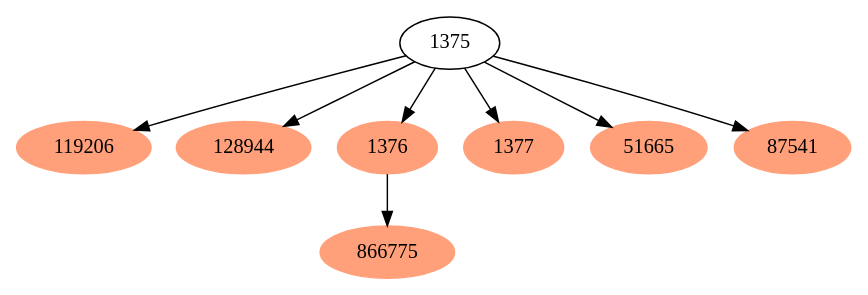
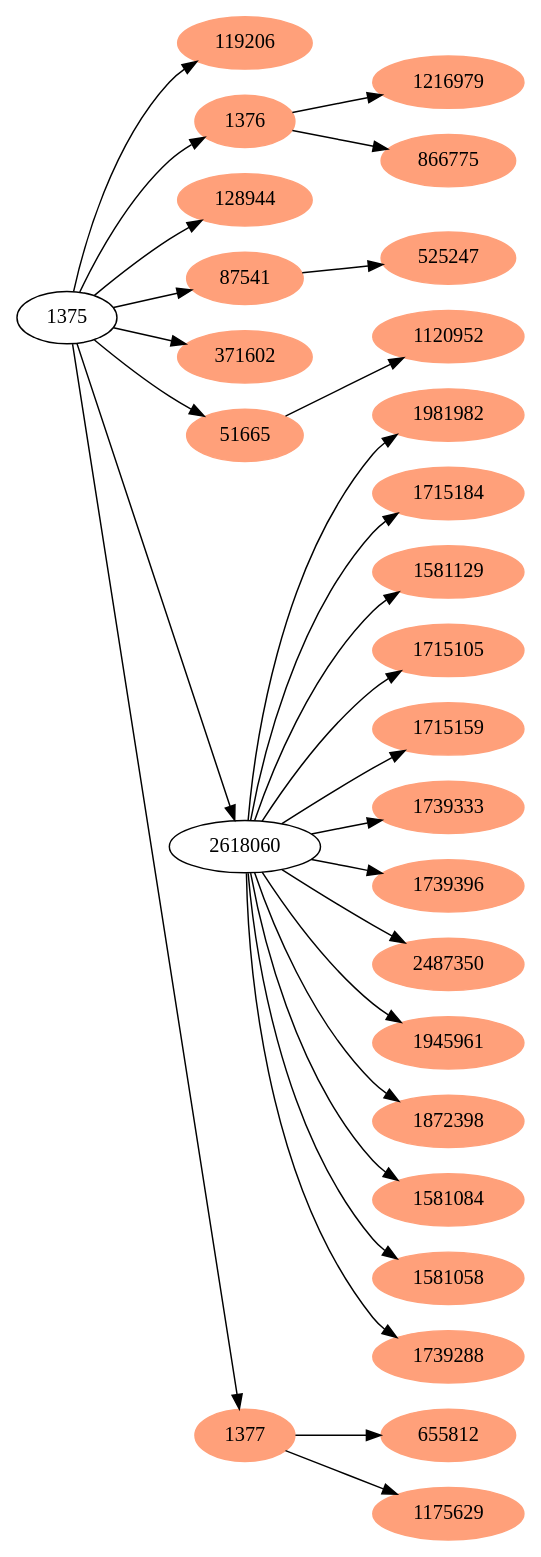
The diagram in tutorial/1375_t_g.dot (EvolBioInf/neighbors), drawn with Graphviz before and after one commit. The commit also changed 9 other files, not shown here.

```diff
--- a/tutorial/1375_t_g.dot
+++ b/tutorial/1375_t_g.dot
@@ -1,16 +1,56 @@
 digraph g {
+	rankdir=LR
 	119206 [color="lightsalmon",style=filled]
+	1375 -> 119206
+	1376 [color="lightsalmon",style=filled]
+	1375 -> 1376
+	1216979 [color="lightsalmon",style=filled]
+	1376 -> 1216979
+	866775 [color="lightsalmon",style=filled]
+	1376 -> 866775
 	128944 [color="lightsalmon",style=filled]
-	1375 -> 119206
 	1375 -> 128944
-	1375 -> 1376
+	87541 [color="lightsalmon",style=filled]
+	1375 -> 87541
+	525247 [color="lightsalmon",style=filled]
+	87541 -> 525247
+	371602 [color="lightsalmon",style=filled]
+	1375 -> 371602
+	51665 [color="lightsalmon",style=filled]
+	1375 -> 51665
+	1120952 [color="lightsalmon",style=filled]
+	51665 -> 1120952
+	1375 -> 2618060
+	1981982 [color="lightsalmon",style=filled]
+	2618060 -> 1981982
+	1715184 [color="lightsalmon",style=filled]
+	2618060 -> 1715184
+	1581129 [color="lightsalmon",style=filled]
+	2618060 -> 1581129
+	1715105 [color="lightsalmon",style=filled]
+	2618060 -> 1715105
+	1715159 [color="lightsalmon",style=filled]
+	2618060 -> 1715159
+	1739333 [color="lightsalmon",style=filled]
+	2618060 -> 1739333
+	1739396 [color="lightsalmon",style=filled]
+	2618060 -> 1739396
+	2487350 [color="lightsalmon",style=filled]
+	2618060 -> 2487350
+	1945961 [color="lightsalmon",style=filled]
+	2618060 -> 1945961
+	1872398 [color="lightsalmon",style=filled]
+	2618060 -> 1872398
+	1581084 [color="lightsalmon",style=filled]
+	2618060 -> 1581084
+	1581058 [color="lightsalmon",style=filled]
+	2618060 -> 1581058
+	1739288 [color="lightsalmon",style=filled]
+	2618060 -> 1739288
+	1377 [color="lightsalmon",style=filled]
 	1375 -> 1377
-	1375 -> 51665
-	1375 -> 87541
-	1376 -> 866775
-	1376 [color="lightsalmon",style=filled]
-	1377 [color="lightsalmon",style=filled]
-	51665 [color="lightsalmon",style=filled]
-	866775 [color="lightsalmon",style=filled]
-	87541 [color="lightsalmon",style=filled]
+	655812 [color="lightsalmon",style=filled]
+	1377 -> 655812
+	1175629 [color="lightsalmon",style=filled]
+	1377 -> 1175629
 }
```
